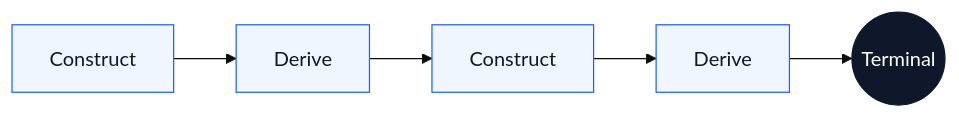
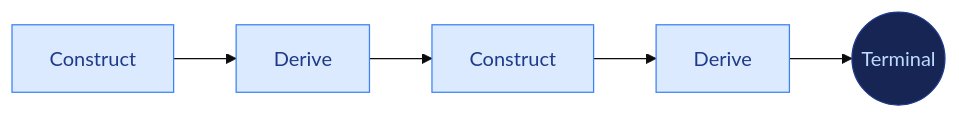
The diagram in README.md (kylejtobin/tca), drawn with Mermaid (base theme) before and after one commit. The commit also changed other lines of this file and 38 other files, not shown here.

````diff
--- a/README.md
+++ b/README.md
@@ -45,12 +45,12 @@
 ```mermaid
 flowchart LR
     C["Construct"] --> D["Derive"]
     D --> C2["Construct"] --> D2["Derive"]
     D2 --> T(("Terminal"))
 
-    classDef step fill:#eff6ff,color:#0f172a,stroke:#2563eb
-    classDef done fill:#0f172a,color:#ffffff,stroke:#0f172a
+    classDef step fill:#dbeafe,color:#1e3a8a,stroke:#3b82f6
+    classDef done fill:#172554,color:#bfdbfe,stroke:#1e3a8a
 
     class C,D,C2,D2 step
     class T done
 ```
````
